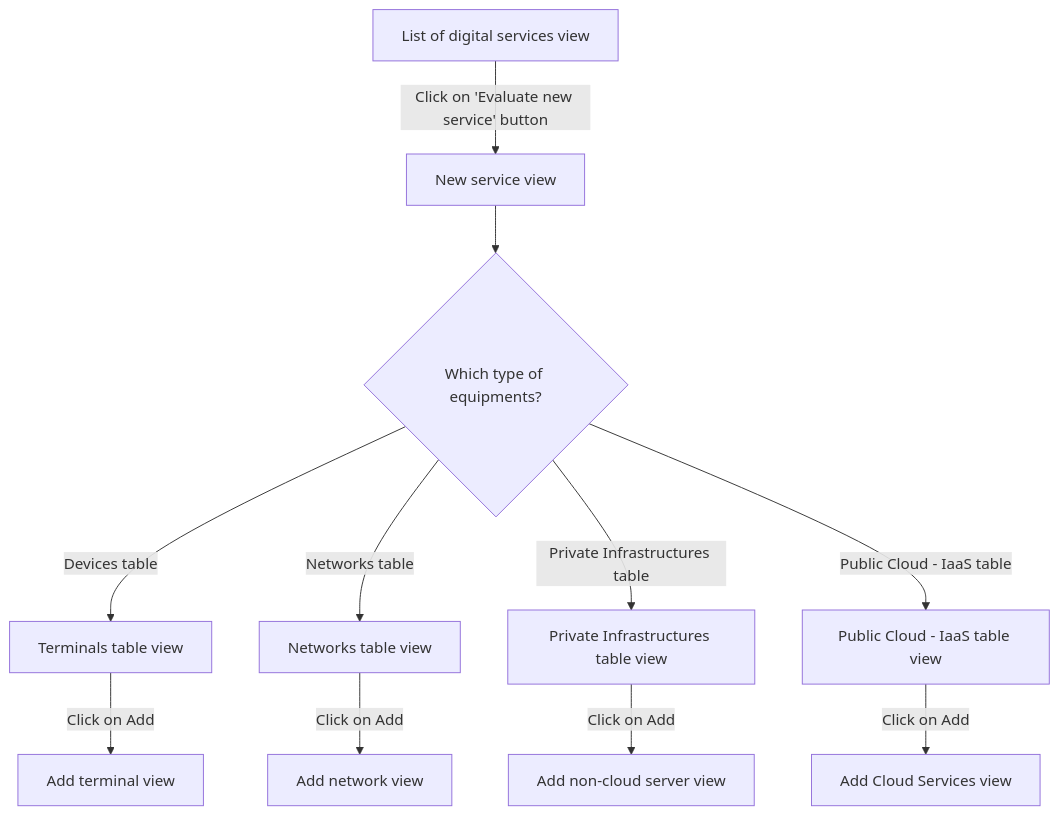
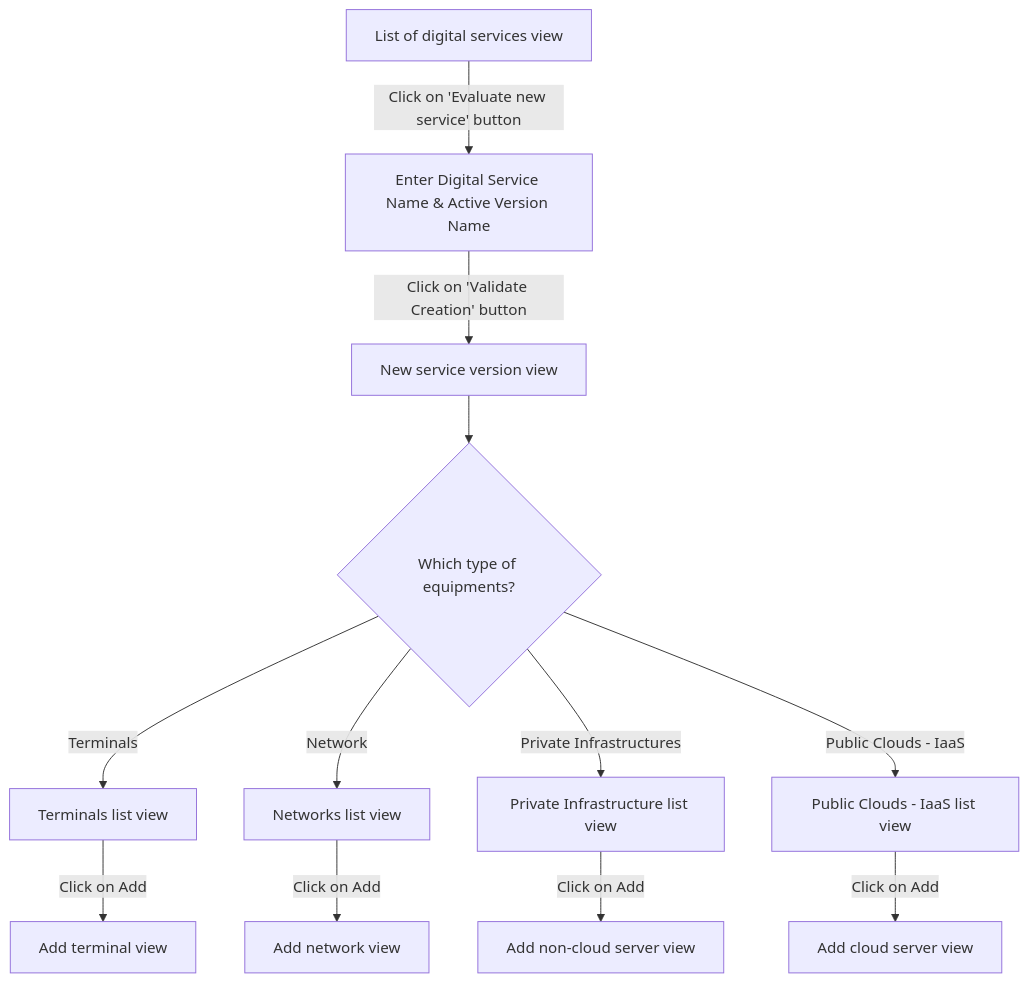
Before and after one commit to teamg4it/g4it: the first of 2 diagrams in services/documentation/content/2-functional-documentation/use_cases/uc_digital_services/uc2_create_visualize_digital_service.md, drawn with Mermaid. The commit also changed other lines of this file and 34 other files, not shown here.

```diff
--- a/services/documentation/content/2-functional-documentation/use_cases/uc_digital_services/uc2_create_visualize_digital_service.md
+++ b/services/documentation/content/2-functional-documentation/use_cases/uc_digital_services/uc2_create_visualize_digital_service.md
@@ -32,12 +30,17 @@
-{{< mermaid align="center">}}
-graph TD;
-Step1[List of digital services view] -->|Click on 'Evaluate new service' button| Step2[New service view] -->Decision1{Which type of equipments?}
-Decision1 -->|Devices table| Step3[Terminals table view]
-Decision1 -->|Networks table| Step4[Networks table view]
-Decision1 -->|Private Infrastructures table| Step5[Private Infrastructures table view]
-Decision1 -->|Public Cloud - IaaS  table| Step9[Public Cloud - IaaS table view]
-Step3 -->|Click on Add|Step6[Add terminal view]
-Step4 -->|Click on Add|Step7[Add network view]
-Step5 -->|Click on Add|Step8[Add non-cloud server view]
-Step9 -->|Click on Add|Step10[Add Cloud Services view]
+{{< mermaid align="center" >}}
+graph TD
+Step1[List of digital services view] -->|Click on 'Evaluate new service' button| Step2[Enter Digital Service Name & Active Version Name]
+Step2 -->|Click on 'Validate Creation' button| Step3[New service version view]
+
+    Step3 --> Decision1{Which type of equipments?}
+
+    Decision1 -->|Terminals| T1[Terminals list view]
+    Decision1 -->|Network| N1[Networks list view]
+    Decision1 -->|Private Infrastructures| PI1[Private Infrastructure list view]
+    Decision1 -->|Public Clouds - IaaS| PC1[Public Clouds - IaaS list view]
+
+    T1 -->|Click on Add| T2[Add terminal view]
+    N1 -->|Click on Add| N2[Add network view]
+    PI1 -->|Click on Add| PI2[Add non-cloud server view]
+    PC1 -->|Click on Add| PC2[Add cloud server view]
 {{< /mermaid >}}
```
